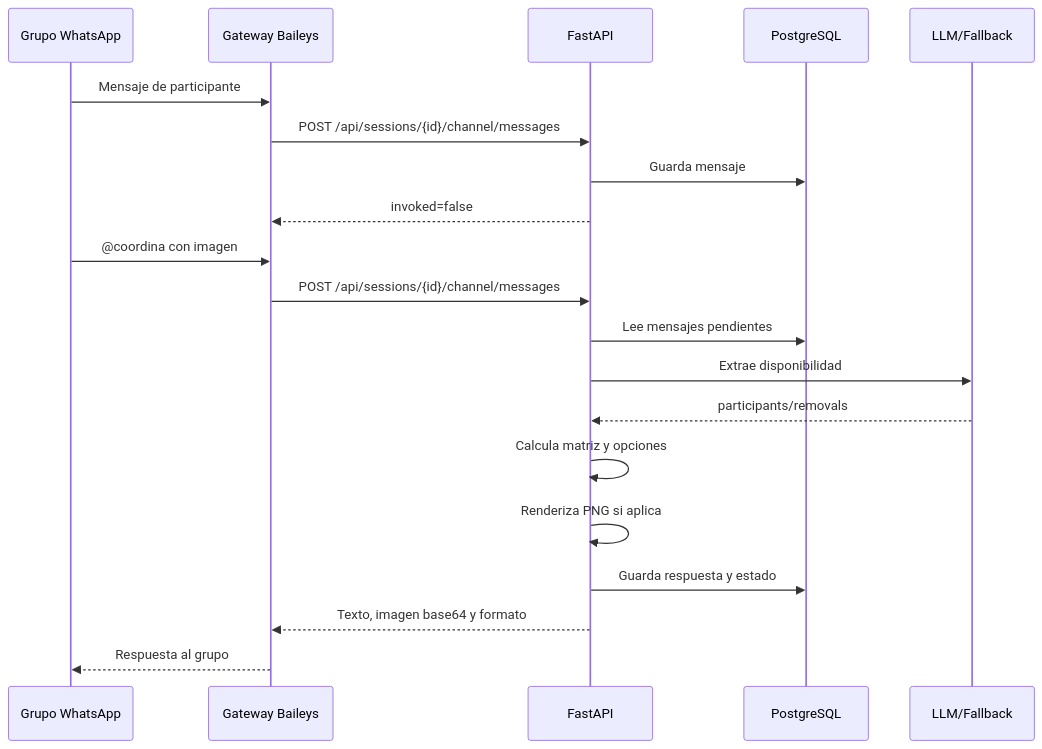
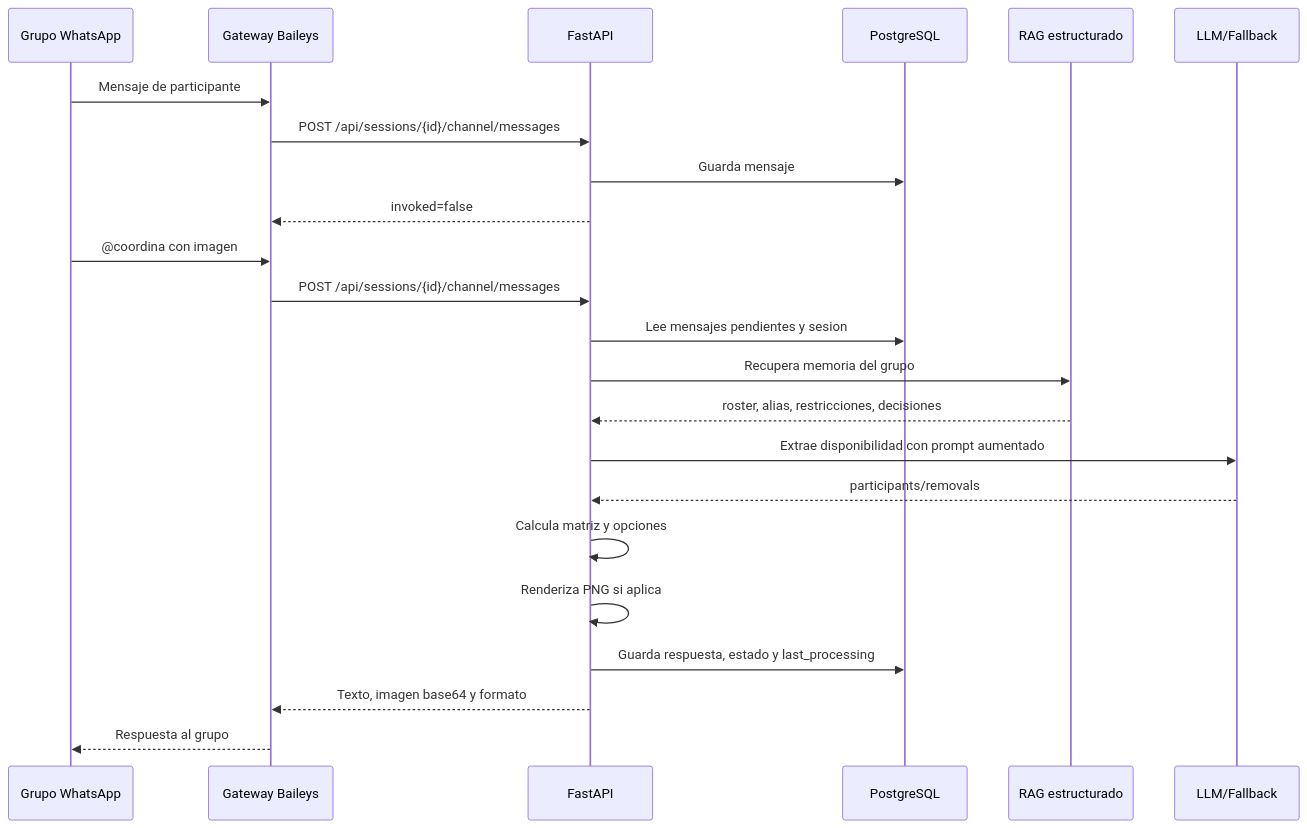
Before and after one commit to MatiasHernandezC/CoordAgent: the third of 4 diagrams in coordinador-simple-mvp/docs/ARQUITECTURA.md, drawn with Mermaid. The commit also changed other lines of this file and 124 other files, not shown here.

````diff
--- a/coordinador-simple-mvp/docs/ARQUITECTURA.md
+++ b/coordinador-simple-mvp/docs/ARQUITECTURA.md
@@ -89,24 +89,27 @@
 ```mermaid
 sequenceDiagram
   participant G as Grupo WhatsApp
   participant W as Gateway Baileys
   participant API as FastAPI
   participant DB as PostgreSQL
+  participant R as RAG estructurado
   participant L as LLM/Fallback
 
   G->>W: Mensaje de participante
   W->>API: POST /api/sessions/{id}/channel/messages
   API->>DB: Guarda mensaje
   API-->>W: invoked=false
 
   G->>W: @coordina con imagen
   W->>API: POST /api/sessions/{id}/channel/messages
-  API->>DB: Lee mensajes pendientes
-  API->>L: Extrae disponibilidad
+  API->>DB: Lee mensajes pendientes y sesion
+  API->>R: Recupera memoria del grupo
+  R-->>API: roster, alias, restricciones, decisiones
+  API->>L: Extrae disponibilidad con prompt aumentado
   L-->>API: participants/removals
   API->>API: Calcula matriz y opciones
   API->>API: Renderiza PNG si aplica
-  API->>DB: Guarda respuesta y estado
+  API->>DB: Guarda respuesta, estado y last_processing
   API-->>W: Texto, imagen base64 y formato
   W-->>G: Respuesta al grupo
 ```
````
